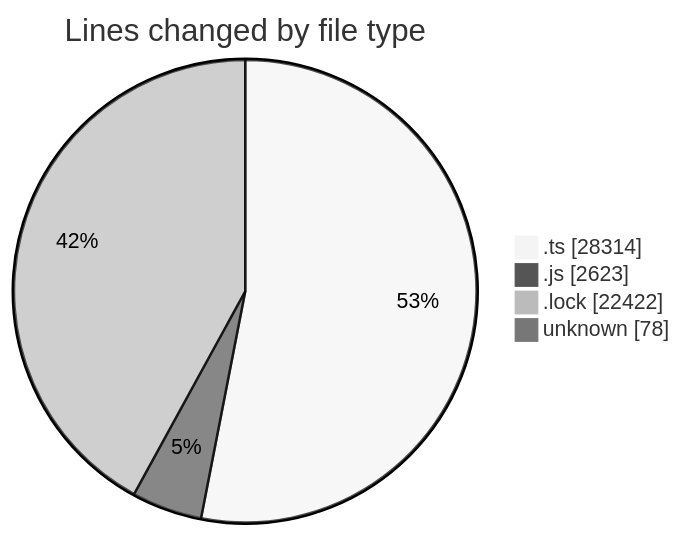
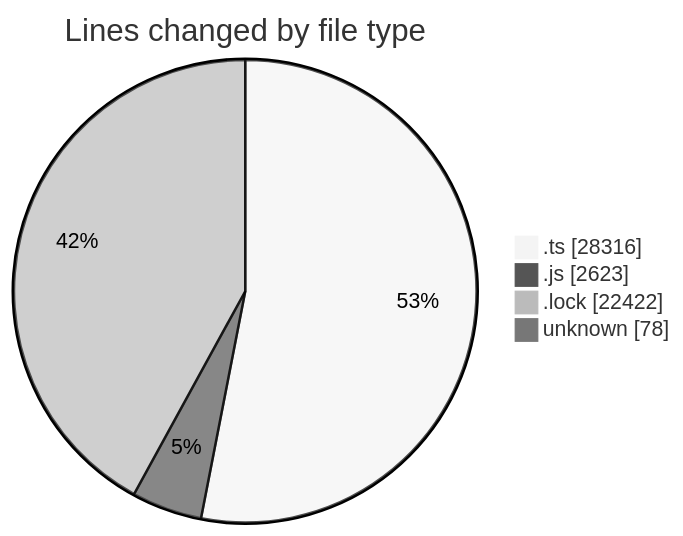
Before and after one commit to momahboobian/code-tracking: the first of 2 diagrams in 2025-05-20/cda/README.md, drawn with Mermaid (neutral theme). The commit also changed other lines of this file and 1 other file, not shown here.

````diff
--- a/2025-05-20/cda/README.md
+++ b/2025-05-20/cda/README.md
@@ -42,8 +42,8 @@
 ```mermaid
 pie showData
 title Lines changed by file type
-".ts" : 28314
+".ts" : 28316
 ".js" : 2623
 ".lock" : 22422
 "unknown" : 78
 ```
````
